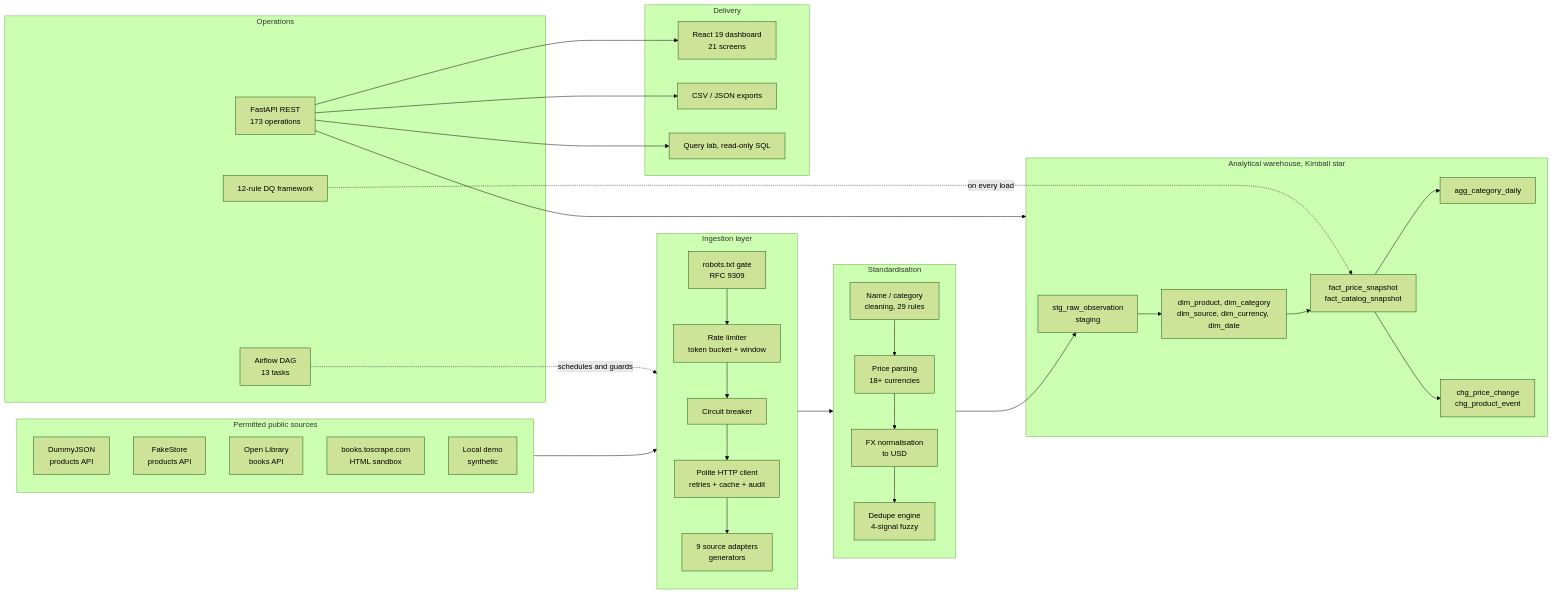
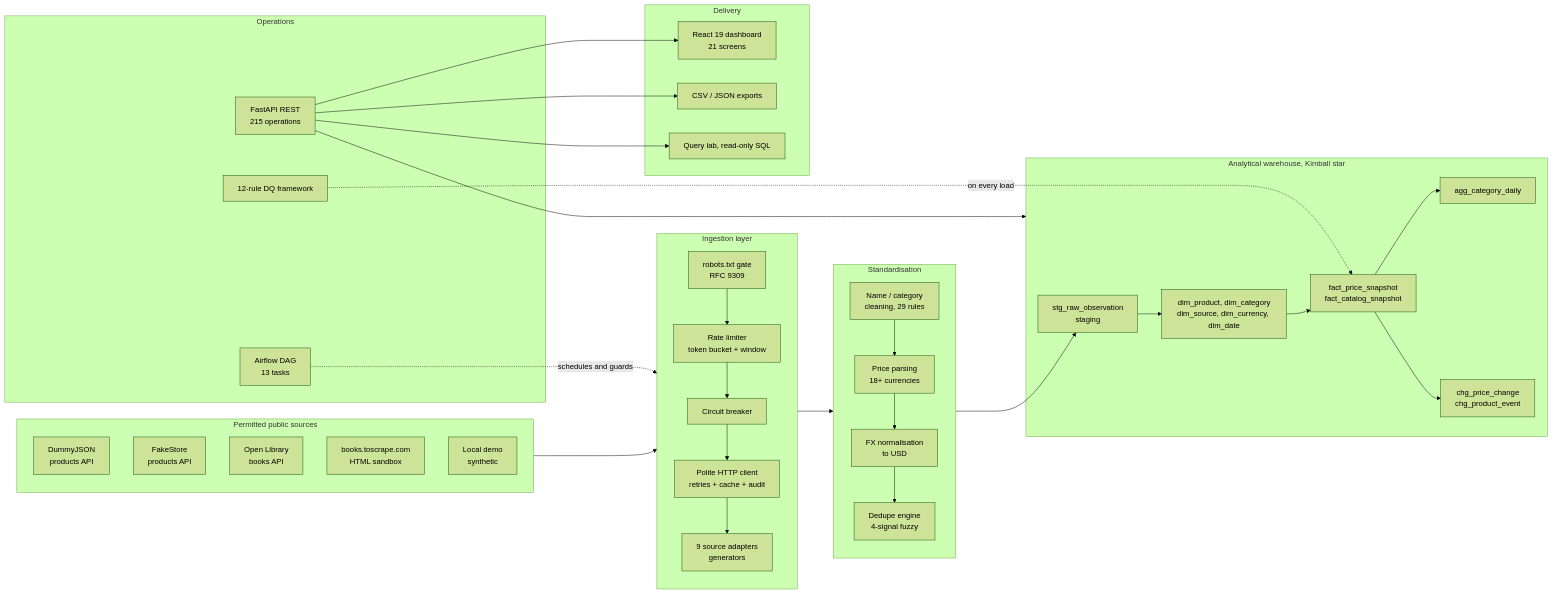
One commit to Ahmedbakr78/Web-to-Warehouse-Product-Intelligence-Pipeline changed the first of 15 diagrams in README.md. Above: the diagram before and after it, drawn with Mermaid (forest theme). The commit also changed other lines of this file, not shown here.

````diff
--- a/README.md
+++ b/README.md
@@ -279,55 +279,55 @@
 ```mermaid
 flowchart LR
     subgraph Sources["Permitted public sources"]
         A1["DummyJSON<br/>products API"]
         A2["FakeStore<br/>products API"]
         A3["Open Library<br/>books API"]
         A4["books.toscrape.com<br/>HTML sandbox"]
         A5["Local demo<br/>synthetic"]
     end
 
     subgraph Ingest["Ingestion layer"]
         direction TB
         R["robots.txt gate<br/>RFC 9309"]
         RL["Rate limiter<br/>token bucket + window"]
         CB["Circuit breaker"]
         HC["Polite HTTP client<br/>retries + cache + audit"]
         S["9 source adapters<br/>generators"]
         R --> RL --> CB --> HC --> S
     end
 
     subgraph Clean["Standardisation"]
         C1["Name / category<br/>cleaning, 29 rules"]
         C2["Price parsing<br/>18+ currencies"]
         C3["FX normalisation<br/>to USD"]
         DD["Dedupe engine<br/>4-signal fuzzy"]
         C1 --> C2 --> C3 --> DD
     end
 
     subgraph Wh["Analytical warehouse, Kimball star"]
         STG["stg_raw_observation<br/>staging"]
         DIM["dim_product, dim_category<br/>dim_source, dim_currency, dim_date"]
         FACT["fact_price_snapshot<br/>fact_catalog_snapshot"]
         AGG["agg_category_daily"]
         CHG["chg_price_change<br/>chg_product_event"]
         STG --> DIM --> FACT --> AGG & CHG
     end
 
     subgraph Ops["Operations"]
         AF["Airflow DAG<br/>13 tasks"]
-        API["FastAPI REST<br/>173 operations"]
+        API["FastAPI REST<br/>215 operations"]
         DQ["12-rule DQ framework"]
     end
 
     subgraph UI["Delivery"]
         RE["React 19 dashboard<br/>21 screens"]
         EXP["CSV / JSON exports"]
         QL["Query lab, read-only SQL"]
     end
 
     Sources --> Ingest --> Clean --> STG
     AF -.schedules and guards.-> Ingest
     API --> Wh
     API --> RE & EXP & QL
     DQ -.on every load.-> FACT
 ```
````
